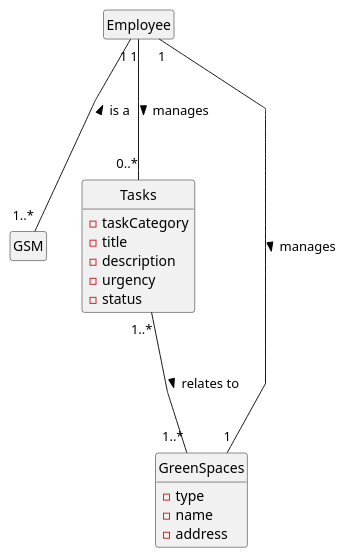
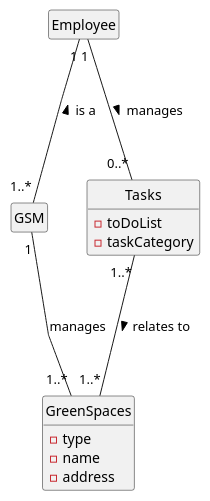
One commit to Mendoncaa/LAPR2 changed the diagram in docs/sprintC/us021/02.analysis/puml/us021-domain-model.puml. Above: the diagram before and after it, drawn with PlantUML. The commit also changed 1 other file, not shown here.

```diff
--- a/docs/sprintC/us021/02.analysis/puml/us021-domain-model.puml
+++ b/docs/sprintC/us021/02.analysis/puml/us021-domain-model.puml
@@ -1,34 +1,30 @@
 @startuml
 
 hide methods
 hide circle
 hide empty attributes
 skinparam linetype polyline
 
 class Employee {
 }
 
 class GSM {
 }
 
 class Tasks {
-  - taskCategory 
-  - title
-  - description
-  - urgency
-  - status
+  - toDoList
+  -taskCategory
 }
 
 
 class GreenSpaces {
   -type
   - name
   - address
 }
 
+GSM "1"---"1..*" GreenSpaces : manages
 Employee "1"---"1..*" GSM : is a <
+Tasks "1..*"---"1..*" GreenSpaces : relates to >
 Employee "1"---"0..*" Tasks: manages > 
-Tasks "1..*"---"1..*" GreenSpaces : relates to >
-Employee "1"---"1" GreenSpaces : manages >
-
 @enduml
```
